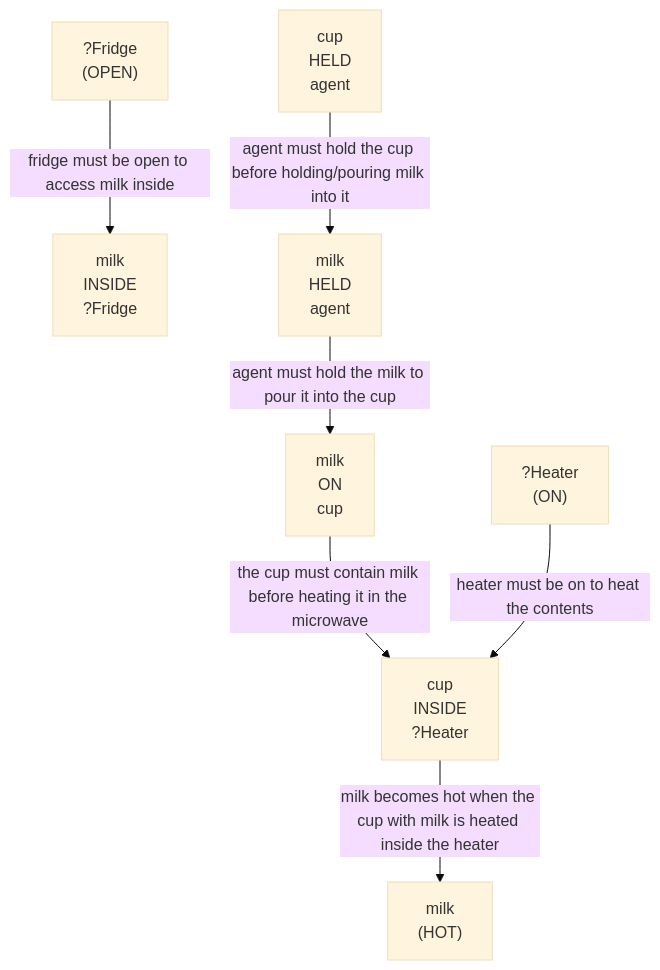
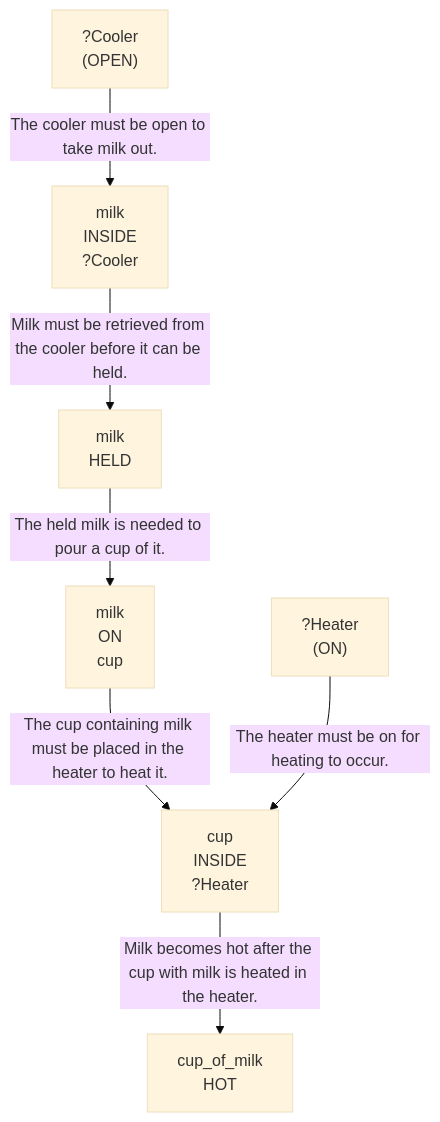
One commit to scuama/virtualhome changed the third of 4 diagrams in evaluation/results/table1/robostate/instruction_type/sentence_wise/G1_01/run_T1_INST_G1_01_sentence_wise.md. Above: the diagram before and after it, drawn with Mermaid (base theme). The commit also changed other lines of this file and 133 other files, not shown here.

````diff
--- a/evaluation/results/table1/robostate/instruction_type/sentence_wise/G1_01/run_T1_INST_G1_01_sentence_wise.md
+++ b/evaluation/results/table1/robostate/instruction_type/sentence_wise/G1_01/run_T1_INST_G1_01_sentence_wise.md
@@ -154,17 +152,16 @@
 ```mermaid
 graph TD
-    N1["milk<br>INSIDE<br>?Fridge"]
-    N2["?Fridge<br>(OPEN)"]
-    N3["cup<br>HELD<br>agent"]
-    N4["milk<br>HELD<br>agent"]
-    N5["milk<br>ON<br>cup"]
-    N6["cup<br>INSIDE<br>?Heater"]
-    N7["?Heater<br>(ON)"]
-    N8["milk<br>(HOT)"]
-    N2 -->|"fridge must be open to access milk inside"| N1
-    N3 -->|"agent must hold the cup before holding/pouring milk into it"| N4
-    N4 -->|"agent must hold the milk to pour it into the cup"| N5
-    N5 -->|"the cup must contain milk before heating it in the microwave"| N6
-    N7 -->|"heater must be on to heat the contents"| N6
-    N6 -->|"milk becomes hot when the cup with milk is heated inside the heater"| N8
+    N1["milk<br>INSIDE<br>?Cooler"]
+    N2["?Cooler<br>(OPEN)"]
+    N3["milk<br>HELD<br>"]
+    N4["milk<br>ON<br>cup"]
+    N5["cup<br>INSIDE<br>?Heater"]
+    N6["?Heater<br>(ON)"]
+    N7["cup_of_milk<br>HOT<br>"]
+    N2 -->|"The cooler must be open to take milk out."| N1
+    N1 -->|"Milk must be retrieved from the cooler before it can be held."| N3
+    N3 -->|"The held milk is needed to pour a cup of it."| N4
+    N4 -->|"The cup containing milk must be placed in the heater to heat it."| N5
+    N6 -->|"The heater must be on for heating to occur."| N5
+    N5 -->|"Milk becomes hot after the cup with milk is heated in the heater."| N7
 ```
````
